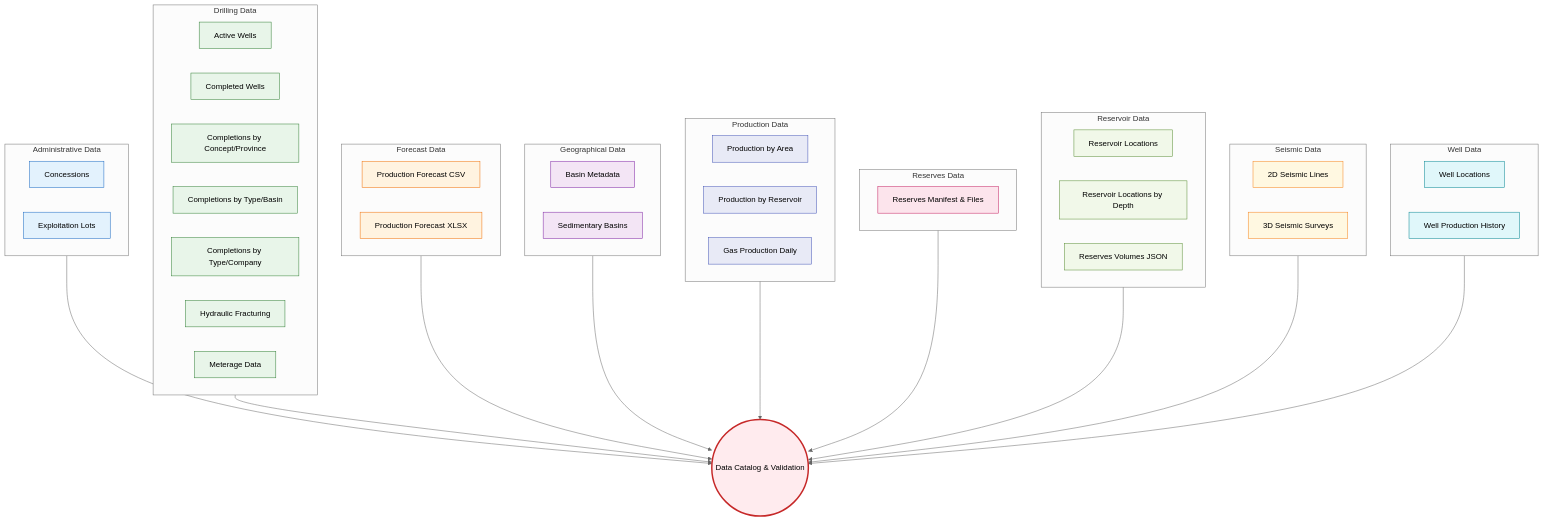
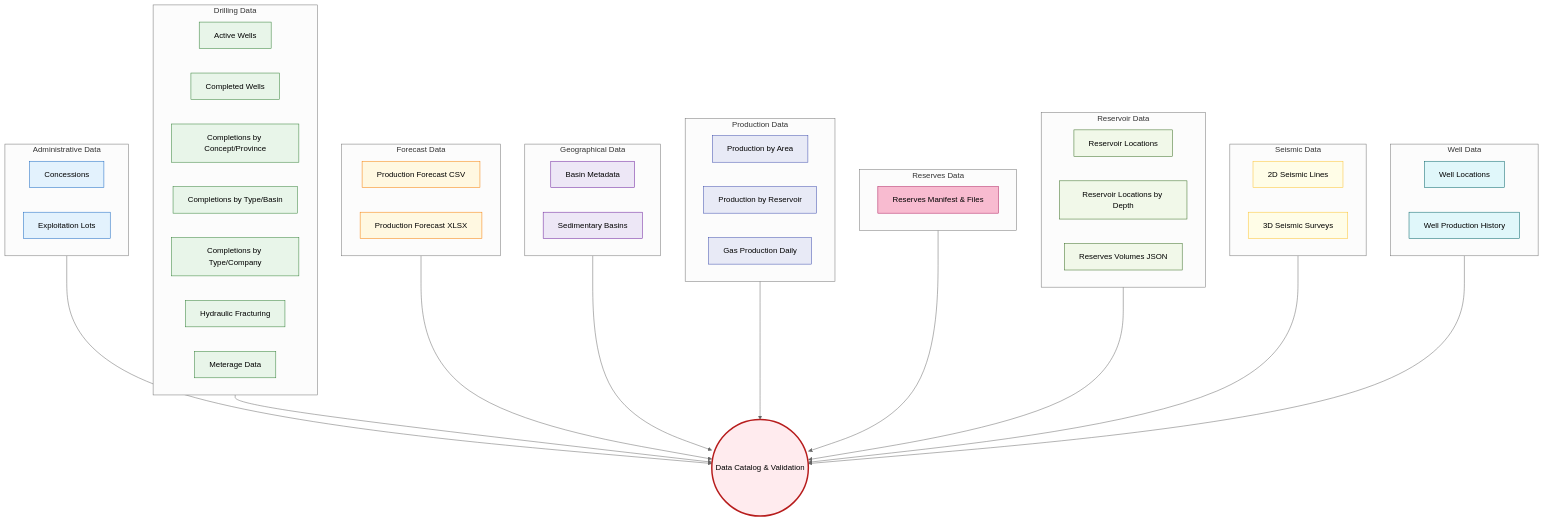
Before and after one commit to sayertindall/ArgGIS: the second of 5 diagrams in ArgGIS/README.md, drawn with Mermaid (neutral theme). The commit also changed other lines of this file and 1 other file, not shown here.

````diff
--- a/ArgGIS/README.md
+++ b/ArgGIS/README.md
@@ -174,15 +174,16 @@
     Well --> C
 
     %% Styling
-    classDef admin fill:#e3f2fd,stroke:#1565c0
-    classDef drill fill:#e8f5e9,stroke:#2e7d32
-    classDef forecast fill:#fff3e0,stroke:#ef6c00
-    classDef geo fill:#f3e5f5,stroke:#7b1fa2
-    classDef prod fill:#e8eaf6,stroke:#3f51b5
-    classDef reserve fill:#fce4ec,stroke:#c2185b
-    classDef res fill:#f1f8e9,stroke:#558b2f
-    classDef seis fill:#fff8e1,stroke:#f57f17
-    classDef well fill:#e0f7fa,stroke:#00838f
+classDef admin fill:#e3f2fd,stroke:#1565c0
+classDef drill fill:#e8f5e9,stroke:#2e7d32
+classDef forecast fill:#fff8e1,stroke:#f57c00
+classDef geo fill:#ede7f6,stroke:#6a1b9a
+classDef prod fill:#e8eaf6,stroke:#3949ab
+classDef reserve fill:#f8bbd0,stroke:#ad1457
+classDef res fill:#f1f8e9,stroke:#33691e
+classDef seis fill:#fffde7,stroke:#fbc02d
+classDef well fill:#e0f7fa,stroke:#006064
 
-    style C fill:#ffebee,stroke:#c62828,stroke-width:3px
+style C fill:#ffebee,stroke:#b71c1c,stroke-width:3px
+
 ```
````
